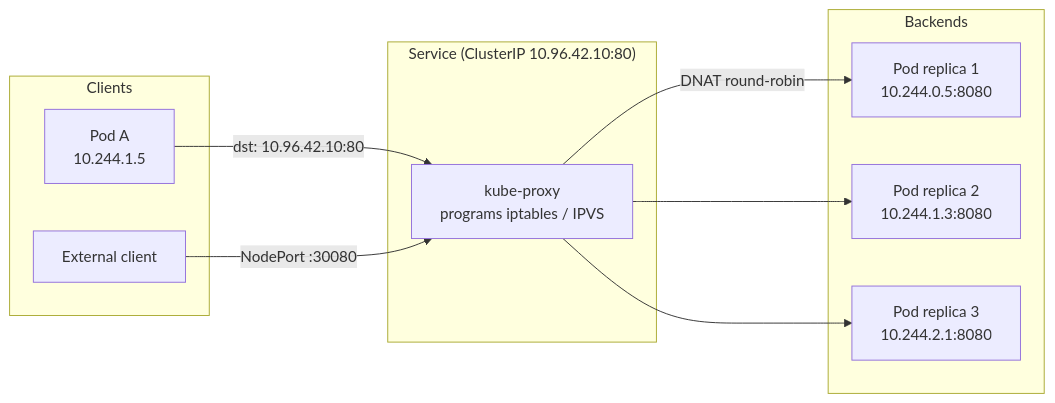
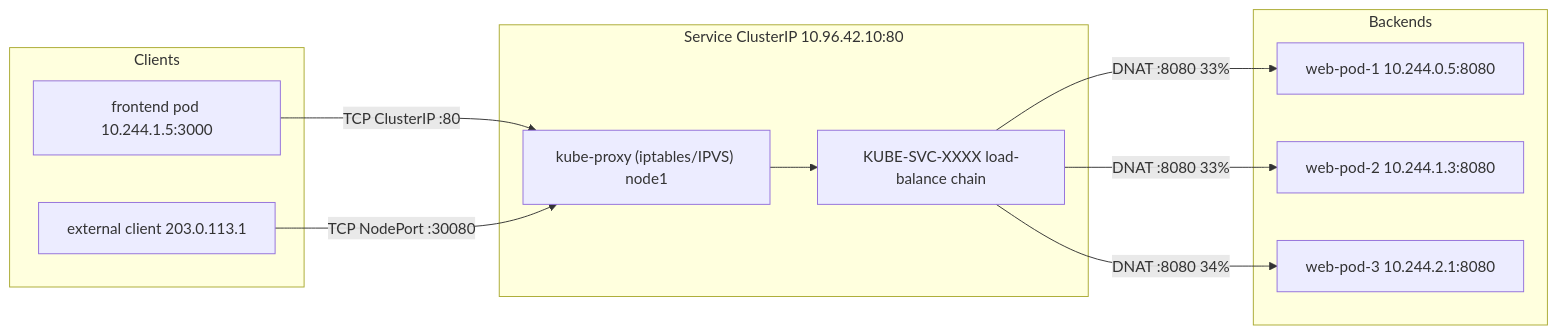
One commit to MykolaLebid/Kubernetes_networking_engineering changed the first of 2 diagrams in lessons/13-kubernetes-services-kube-proxy.md. Above: the diagram before and after it, drawn with Mermaid. The commit also changed other lines of this file and 35 other files, not shown here.

First line of the commit message:
Restructure all 34 lessons: Theory/Practice split, richer diagrams, industry examples, navigation

````diff
--- a/lessons/13-kubernetes-services-kube-proxy.md
+++ b/lessons/13-kubernetes-services-kube-proxy.md
@@ -33,20 +21,22 @@
 ```mermaid
 flowchart LR
     subgraph Clients
-        PA[Pod A\n10.244.1.5]
-        EXT[External client]
+        PA["frontend pod 10.244.1.5:3000"]
+        EXT["external client 203.0.113.1"]
     end
-    subgraph SVC["Service (ClusterIP 10.96.42.10:80)"]
-        KP[kube-proxy\nprograms iptables / IPVS]
+    subgraph SVC["Service ClusterIP 10.96.42.10:80"]
+        KP["kube-proxy (iptables/IPVS) node1"]
+        CHAIN["KUBE-SVC-XXXX load-balance chain"]
     end
     subgraph Backends
-        P1[Pod replica 1\n10.244.0.5:8080]
-        P2[Pod replica 2\n10.244.1.3:8080]
-        P3[Pod replica 3\n10.244.2.1:8080]
+        P1["web-pod-1 10.244.0.5:8080"]
+        P2["web-pod-2 10.244.1.3:8080"]
+        P3["web-pod-3 10.244.2.1:8080"]
     end
-    PA -->|dst: 10.96.42.10:80| KP
-    KP -->|DNAT round-robin| P1
-    KP --> P2
-    KP --> P3
-    EXT -->|NodePort :30080| KP
+    PA --"TCP ClusterIP :80"--> KP
+    KP --> CHAIN
+    CHAIN --"DNAT :8080 33%"--> P1
+    CHAIN --"DNAT :8080 33%"--> P2
+    CHAIN --"DNAT :8080 34%"--> P3
+    EXT --"TCP NodePort :30080"--> KP
 ```
````
